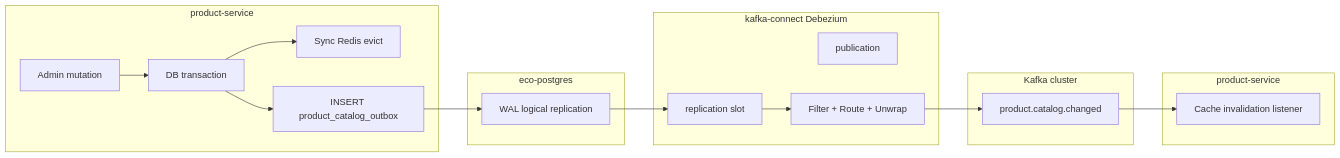
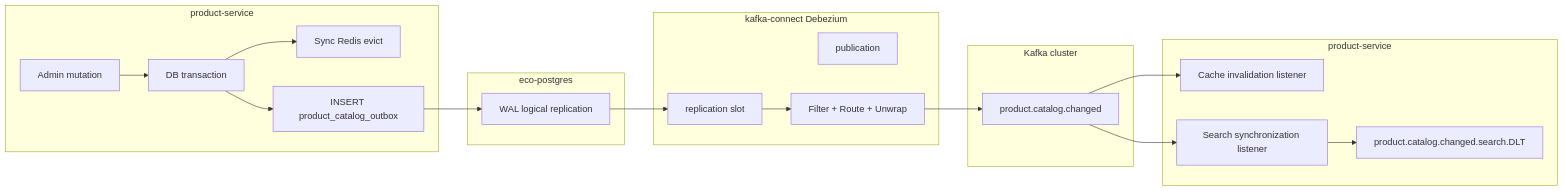
Before and after one commit to Youngwook-Jeon/ecommerce-msa: the diagram in deployment/docker/DEBEZIUM.md, drawn with Mermaid. The commit also changed other lines of this file and 108 other files, not shown here.

Commit message:
Implement an event consumer when a product catalog is changed

````diff
--- a/deployment/docker/DEBEZIUM.md
+++ b/deployment/docker/DEBEZIUM.md
@@ -8,35 +10,38 @@
 ```mermaid
 flowchart LR
   subgraph app [product-service]
     Write[Admin mutation]
     Tx[DB transaction]
     Redis[Sync Redis evict]
     Outbox[INSERT product_catalog_outbox]
     Write --> Tx
     Tx --> Redis
     Tx --> Outbox
   end
 
   subgraph pg [eco-postgres]
     WAL[WAL logical replication]
     Outbox --> WAL
   end
 
   subgraph connect [kafka-connect Debezium]
     Slot[replication slot]
     Pub[publication]
     SMT[Filter + Route + Unwrap]
     WAL --> Slot
     Slot --> SMT
   end
 
   subgraph kafka [Kafka cluster]
     Topic[product.catalog.changed]
     SMT --> Topic
   end
 
   subgraph consumer [product-service]
     Listener[Cache invalidation listener]
     Topic --> Listener
+    Search[Search synchronization listener]
+    Topic --> Search
+    Search --> SearchDLT[product.catalog.changed.search.DLT]
   end
 ```
````
